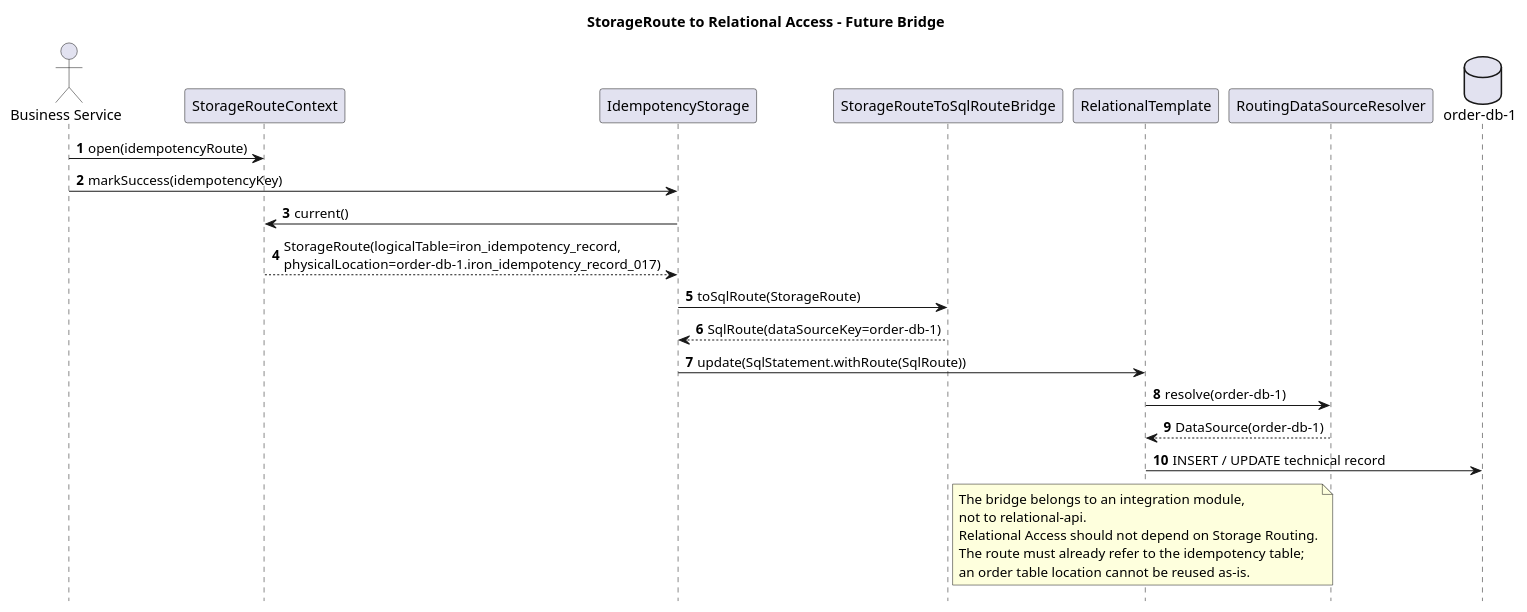
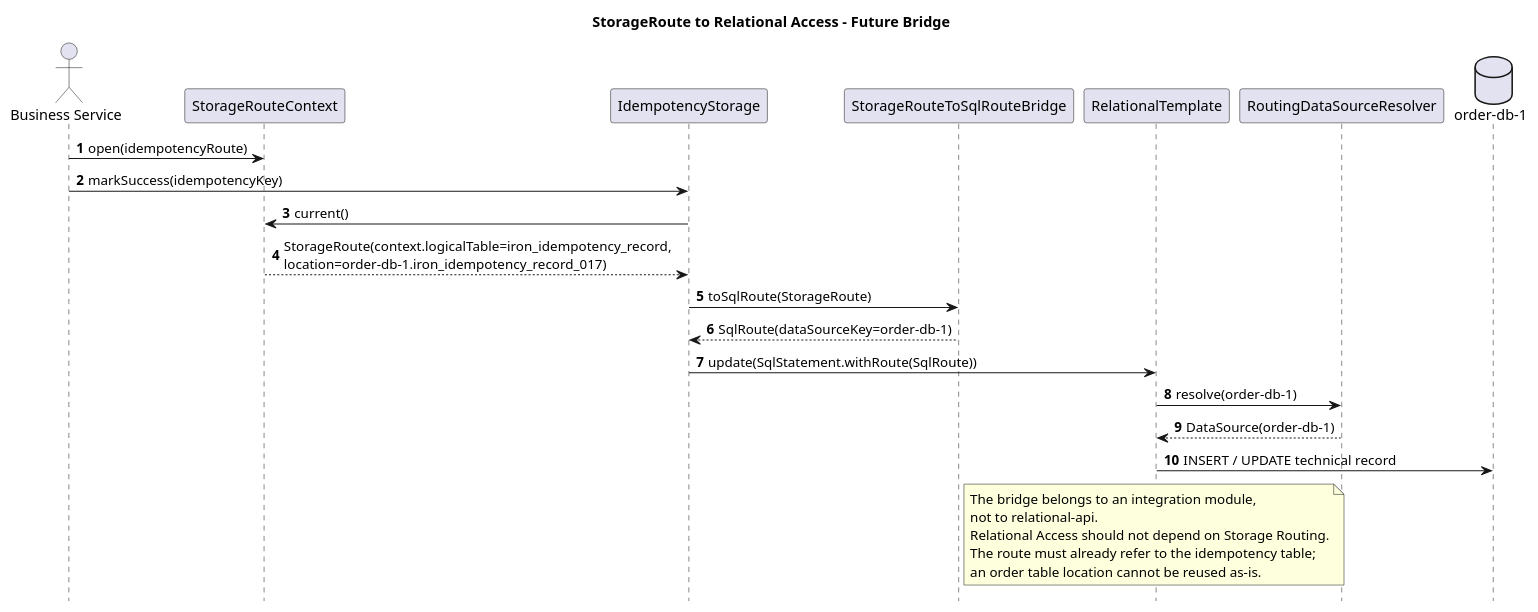
One commit to pbxjtumse/iron-components-java changed the diagram in component/storage-routing-component/docs/sequence/02-storage-route-to-relational-access.puml. Above: the diagram before and after it, drawn with PlantUML. The commit also changed 31 other files, not shown here.

```diff
--- a/component/storage-routing-component/docs/sequence/02-storage-route-to-relational-access.puml
+++ b/component/storage-routing-component/docs/sequence/02-storage-route-to-relational-access.puml
@@ -1,38 +1,38 @@
 @startuml
 title StorageRoute to Relational Access - Future Bridge
 
 autonumber
 skinparam shadowing false
 hide footbox
 
 actor "Business Service" as Service
 participant "StorageRouteContext" as Context
 participant "IdempotencyStorage" as Idem
 participant "StorageRouteToSqlRouteBridge" as Bridge
 participant "RelationalTemplate" as Template
 participant "RoutingDataSourceResolver" as Resolver
 database "order-db-1" as DB1
 
 Service -> Context : open(idempotencyRoute)
 Service -> Idem : markSuccess(idempotencyKey)
 
 Idem -> Context : current()
-Context --> Idem : StorageRoute(logicalTable=iron_idempotency_record,\nphysicalLocation=order-db-1.iron_idempotency_record_017)
+Context --> Idem : StorageRoute(context.logicalTable=iron_idempotency_record,\nlocation=order-db-1.iron_idempotency_record_017)
 
 Idem -> Bridge : toSqlRoute(StorageRoute)
 Bridge --> Idem : SqlRoute(dataSourceKey=order-db-1)
 
 Idem -> Template : update(SqlStatement.withRoute(SqlRoute))
 Template -> Resolver : resolve(order-db-1)
 Resolver --> Template : DataSource(order-db-1)
 Template -> DB1 : INSERT / UPDATE technical record
 
 note right of Bridge
 The bridge belongs to an integration module,
 not to relational-api.
 Relational Access should not depend on Storage Routing.
 The route must already refer to the idempotency table;
 an order table location cannot be reused as-is.
 end note
 
 @enduml
```
